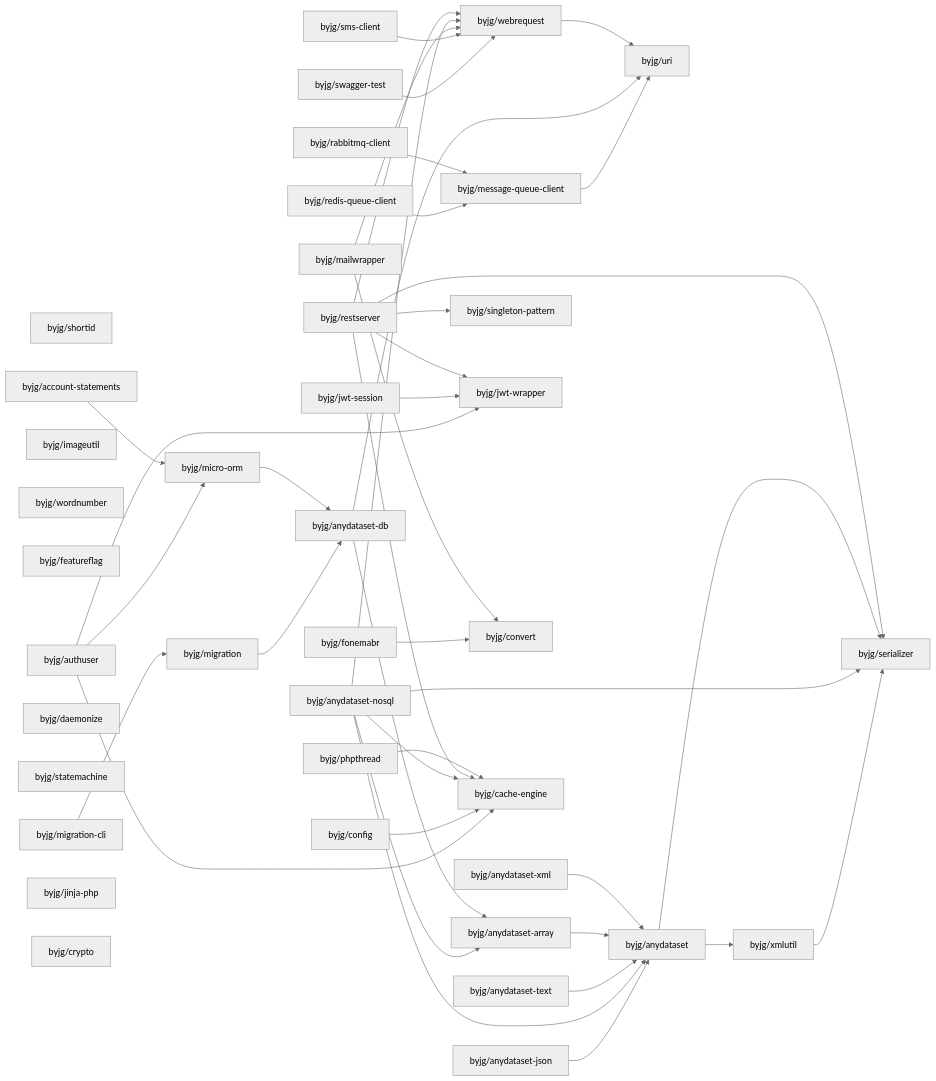
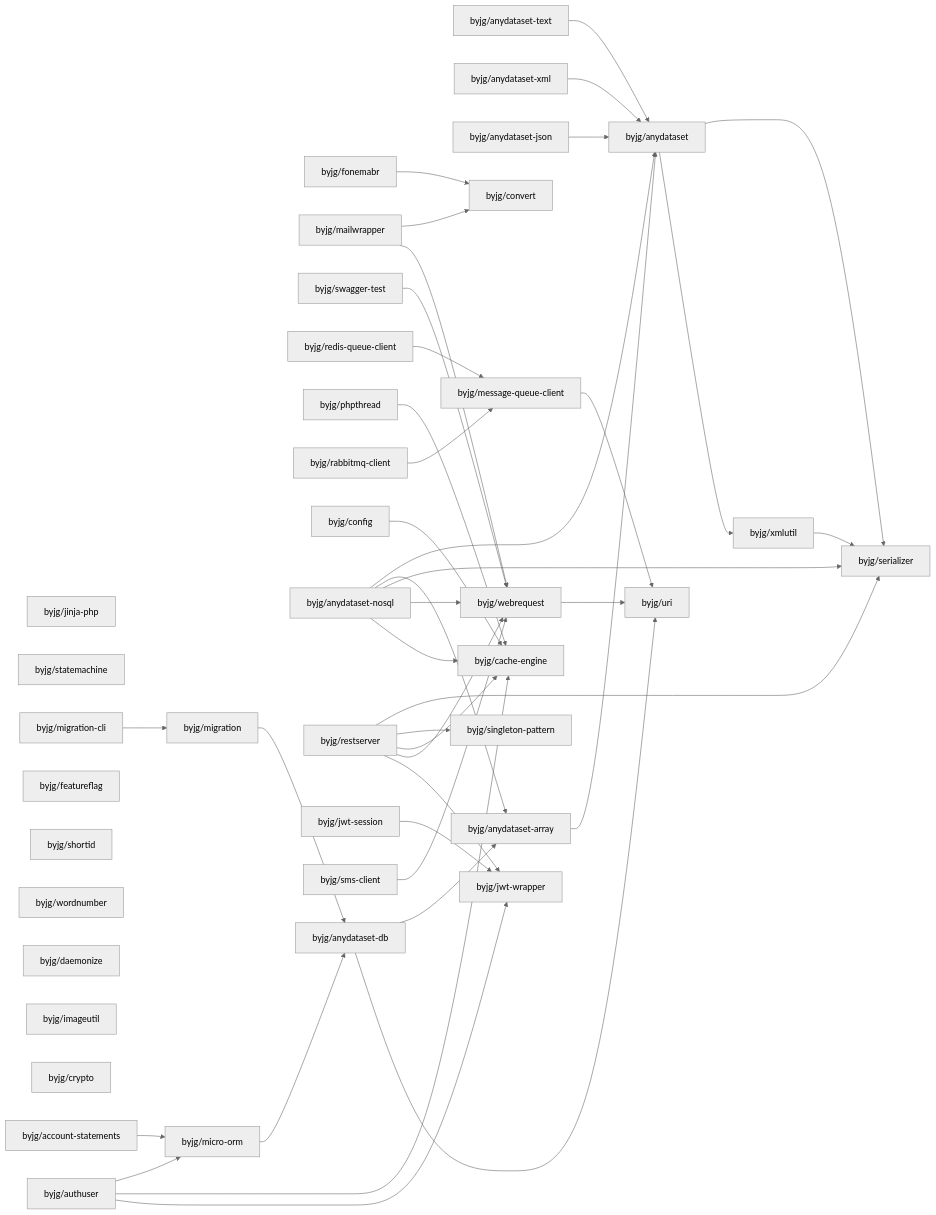
The diagram in docs/php/README.md (byjg/byjg.github.io), drawn with Mermaid (neutral theme) before and after one commit. The commit also changed other lines of this file and 3 other files, not shown here.

Commit message:
Update documentation 'php' 'php-cache-engine'

````diff
--- a/docs/php/README.md
+++ b/docs/php/README.md
@@ -3,80 +3,80 @@
 ```mermaid
 graph LR;
+  byjg/fonemabr;
+  byjg/mailwrapper;
+  byjg/jinja-php;
+  byjg/statemachine;
+  byjg/migration-cli;
+  byjg/swagger-test;
+  byjg/redis-queue-client;
+  byjg/phpthread;
+  byjg/featureflag;
+  byjg/rabbitmq-client;
+  byjg/anydataset-text;
   byjg/shortid;
+  byjg/config;
+  byjg/anydataset-nosql;
+  byjg/anydataset-xml;
+  byjg/wordnumber;
+  byjg/daemonize;
+  byjg/imageutil;
+  byjg/restserver;
+  byjg/crypto;
+  byjg/jwt-session;
+  byjg/anydataset-json;
   byjg/account-statements;
   byjg/sms-client;
-  byjg/config;
-  byjg/redis-queue-client;
-  byjg/swagger-test;
-  byjg/mailwrapper;
-  byjg/imageutil;
-  byjg/wordnumber;
-  byjg/phpthread;
-  byjg/anydataset-xml;
-  byjg/featureflag;
-  byjg/migration-cli;
-  byjg/rabbitmq-client;
-  byjg/daemonize;
-  byjg/statemachine;
   byjg/authuser;
-  byjg/jwt-session;
-  byjg/restserver;
-  byjg/anydataset-text;
-  byjg/fonemabr;
-  byjg/anydataset-nosql;
-  byjg/jinja-php;
-  byjg/crypto;
-  byjg/anydataset-json;
+  byjg/convert;
   byjg/migration;
   byjg/message-queue-client;
+  byjg/singleton-pattern;
+  byjg/webrequest;
   byjg/micro-orm;
-  byjg/singleton-pattern;
+  byjg/cache-engine;
   byjg/jwt-wrapper;
-  byjg/convert;
-  byjg/webrequest;
-  byjg/cache-engine;
   byjg/anydataset-db;
   byjg/anydataset-array;
   byjg/uri;
   byjg/anydataset;
   byjg/xmlutil;
   byjg/serializer;
   byjg/migration --> byjg/anydataset-db;
   byjg/fonemabr --> byjg/convert;
   byjg/swagger-test --> byjg/webrequest;
   byjg/authuser --> byjg/micro-orm;
   byjg/authuser --> byjg/cache-engine;
   byjg/authuser --> byjg/jwt-wrapper;
   byjg/config --> byjg/cache-engine;
   byjg/message-queue-client --> byjg/uri;
   byjg/sms-client --> byjg/webrequest;
   byjg/xmlutil --> byjg/serializer;
   byjg/anydataset-json --> byjg/anydataset;
   byjg/mailwrapper --> byjg/convert;
   byjg/mailwrapper --> byjg/webrequest;
   byjg/anydataset-nosql --> byjg/anydataset;
   byjg/anydataset-nosql --> byjg/anydataset-array;
   byjg/anydataset-nosql --> byjg/serializer;
   byjg/anydataset-nosql --> byjg/webrequest;
   byjg/anydataset-nosql --> byjg/cache-engine;
   byjg/migration-cli --> byjg/migration;
   byjg/redis-queue-client --> byjg/message-queue-client;
   byjg/jwt-session --> byjg/jwt-wrapper;
   byjg/anydataset --> byjg/serializer;
   byjg/anydataset --> byjg/xmlutil;
   byjg/anydataset-db --> byjg/anydataset-array;
   byjg/anydataset-db --> byjg/uri;
   byjg/anydataset-text --> byjg/anydataset;
   byjg/restserver --> byjg/serializer;
   byjg/restserver --> byjg/singleton-pattern;
   byjg/restserver --> byjg/cache-engine;
   byjg/restserver --> byjg/webrequest;
   byjg/restserver --> byjg/jwt-wrapper;
   byjg/account-statements --> byjg/micro-orm;
   byjg/webrequest --> byjg/uri;
   byjg/micro-orm --> byjg/anydataset-db;
   byjg/anydataset-array --> byjg/anydataset;
   byjg/anydataset-xml --> byjg/anydataset;
   byjg/phpthread --> byjg/cache-engine;
   byjg/rabbitmq-client --> byjg/message-queue-client;
 ```
````
